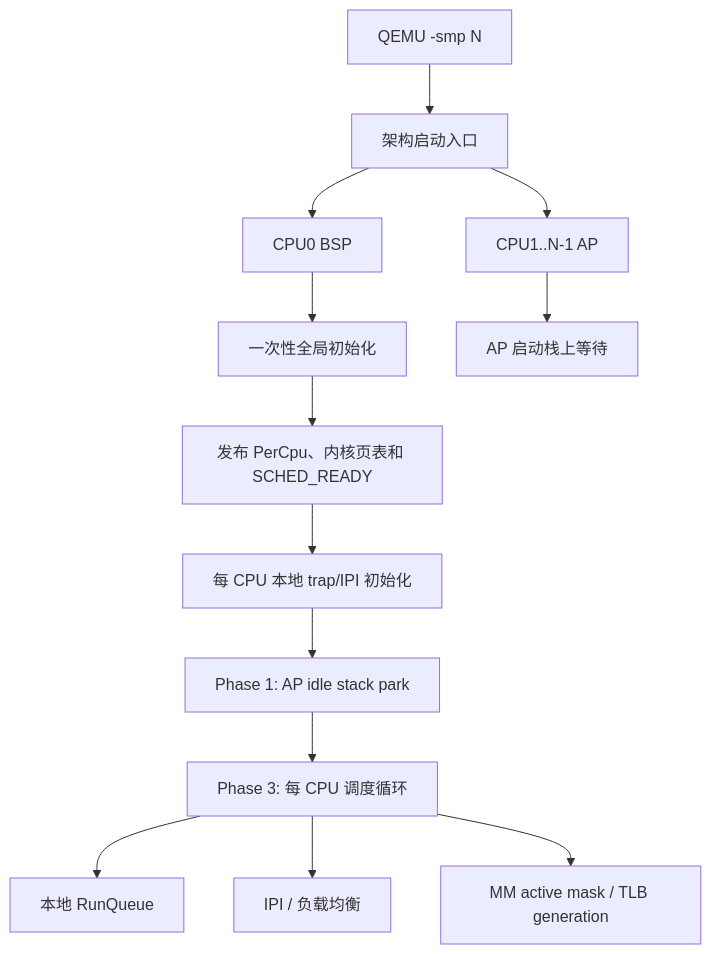
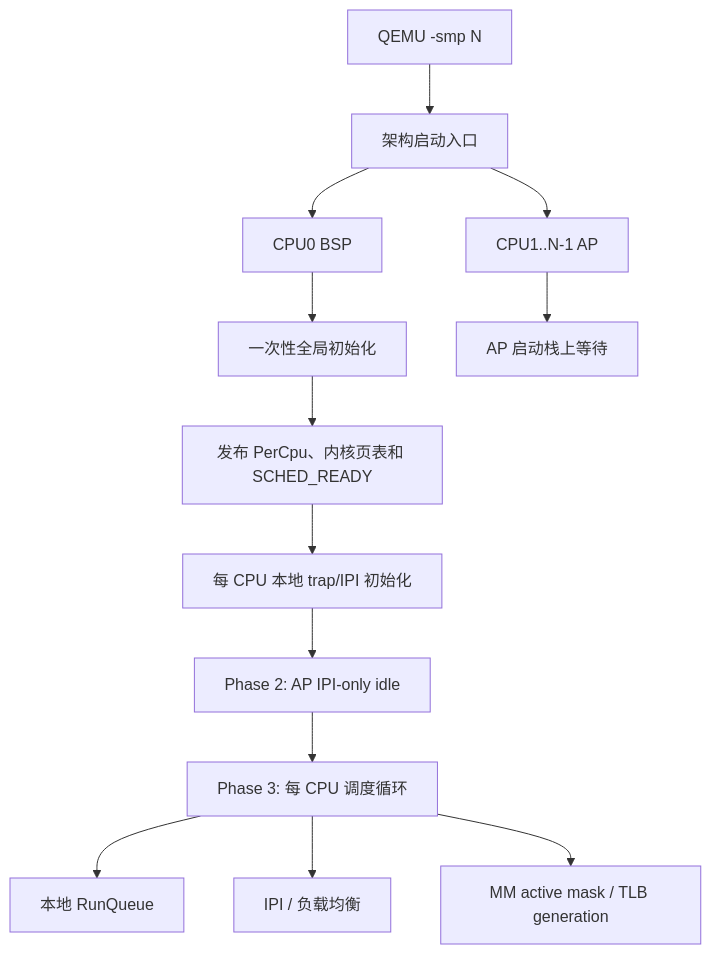
Before and after one commit to Mango-Iced-Americano/MangoCore: the diagram in docs/10_plan/smp-8core-implementation.md, drawn with Mermaid. The commit also changed other lines of this file and 13 other files, not shown here.

Commit message:
feat(smp): add dual-architecture IPI ping path

```diff
--- a/docs/10_plan/smp-8core-implementation.md
+++ b/docs/10_plan/smp-8core-implementation.md
@@ -97,15 +97,15 @@
 ~~~mermaid
 flowchart TD
     Q["QEMU -smp N"] --> E["架构启动入口"]
     E --> B["CPU0 BSP"]
     E --> A["CPU1..N-1 AP"]
     B --> G["一次性全局初始化"]
     A --> W["AP 启动栈上等待"]
     G --> R["发布 PerCpu、内核页表和 SCHED_READY"]
     R --> L["每 CPU 本地 trap/IPI 初始化"]
-    L --> P["Phase 1: AP idle stack park"]
+    L --> P["Phase 2: AP IPI-only idle"]
     P --> S["Phase 3: 每 CPU 调度循环"]
     S --> Q0["本地 RunQueue"]
     S --> I["IPI / 负载均衡"]
     S --> M["MM active mask / TLB generation"]
 ~~~
```
